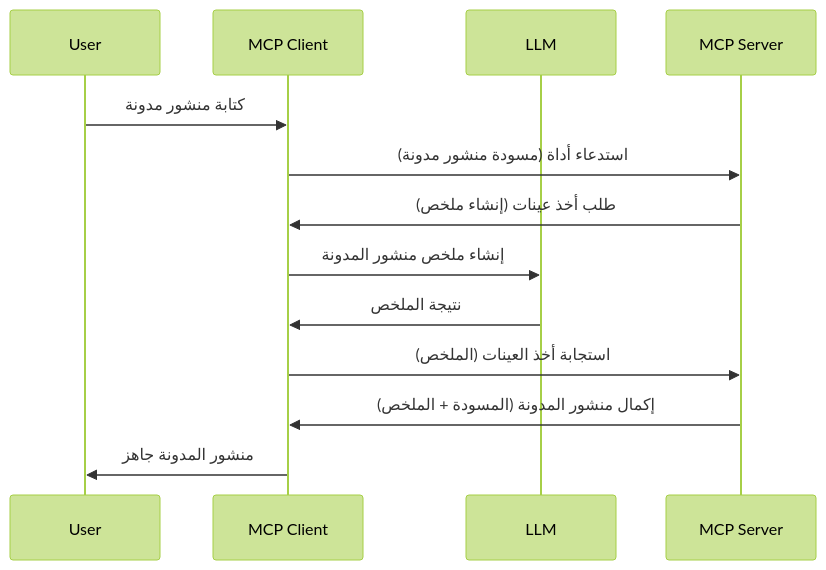
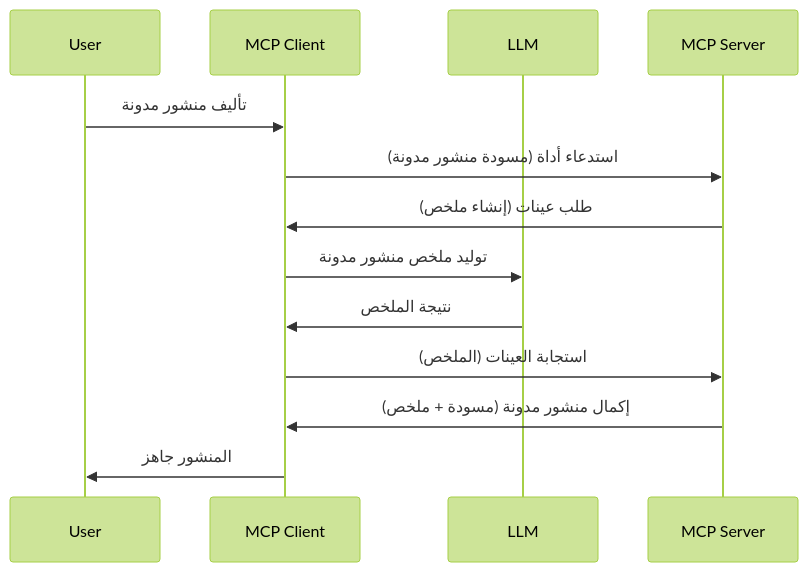
Before and after one commit to HIDORAKAI002/ai-workspace-archive: the diagram in mcp_ecosystem__model_context_protocol/mcp_learning_resources/mcp-for-beginners/translations/ar/03-GettingStarted/14-sampling/README.md, drawn with Mermaid (forest theme). The commit also changed other lines of this file and 1539 other files, not shown here.

````diff
--- a/mcp_ecosystem__model_context_protocol/mcp_learning_resources/mcp-for-beginners/translations/ar/03-GettingStarted/14-sampling/README.md
+++ b/mcp_ecosystem__model_context_protocol/mcp_learning_resources/mcp-for-beginners/translations/ar/03-GettingStarted/14-sampling/README.md
@@ -23,16 +23,16 @@
 ```mermaid
 sequenceDiagram
     participant User
     participant MCP Client
     participant LLM
     participant MCP Server
 
-    User->>MCP Client: كتابة منشور مدونة
+    User->>MCP Client: تأليف منشور مدونة
     MCP Client->>MCP Server: استدعاء أداة (مسودة منشور مدونة)
-    MCP Server->>MCP Client: طلب أخذ عينات (إنشاء ملخص)
-    MCP Client->>LLM: إنشاء ملخص منشور المدونة
+    MCP Server->>MCP Client: طلب عينات (إنشاء ملخص)
+    MCP Client->>LLM: توليد ملخص منشور مدونة
     LLM->>MCP Client: نتيجة الملخص
-    MCP Client->>MCP Server: استجابة أخذ العينات (الملخص)
-    MCP Server->>MCP Client: إكمال منشور المدونة (المسودة + الملخص)
-    MCP Client->>User: منشور المدونة جاهز
+    MCP Client->>MCP Server: استجابة العينات (الملخص)
+    MCP Server->>MCP Client: إكمال منشور مدونة (مسودة + ملخص)
+    MCP Client->>User: المنشور جاهز
 ```
````
